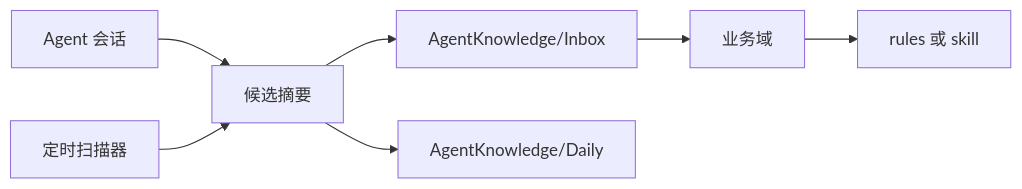
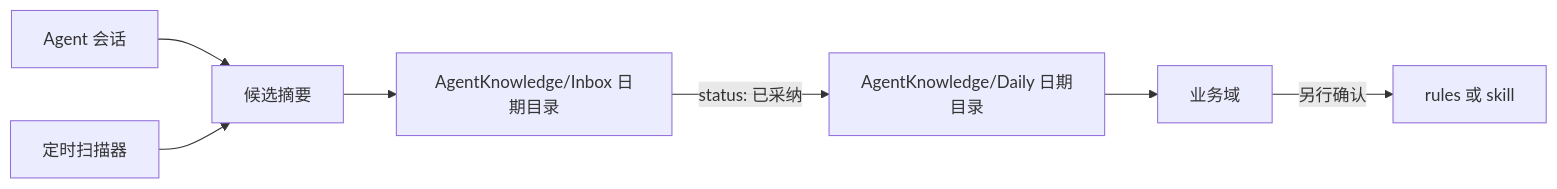
One commit to hugang20230316/ai-agent changed the second of 2 diagrams in skills/personal-knowledge/references/obsidian-structure.md. Above: the diagram before and after it, drawn with Mermaid. The commit also changed other lines of this file and 17 other files, not shown here.

````diff
--- a/skills/personal-knowledge/references/obsidian-structure.md
+++ b/skills/personal-knowledge/references/obsidian-structure.md
@@ -82,17 +86,17 @@
 ```mermaid
 flowchart LR
     session[Agent 会话]
     scanner[定时扫描器]
     candidate[候选摘要]
-    inbox[AgentKnowledge/Inbox]
-    daily[AgentKnowledge/Daily]
+    inbox[AgentKnowledge/Inbox 日期目录]
+    daily[AgentKnowledge/Daily 日期目录]
     domain[业务域]
     behavior[rules 或 skill]
 
     session --> candidate
     scanner --> candidate
     candidate --> inbox
-    candidate --> daily
-    inbox --> domain
-    domain --> behavior
+    inbox -->|status: 已采纳| daily
+    daily --> domain
+    domain -->|另行确认| behavior
 ```
````
